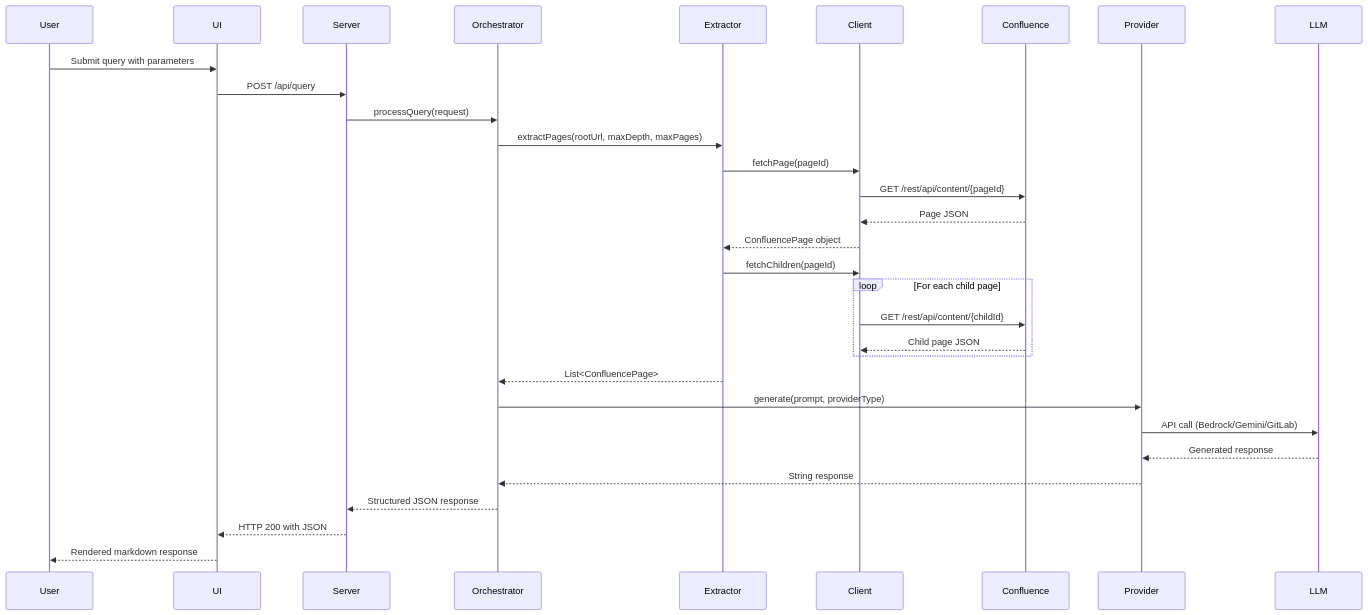
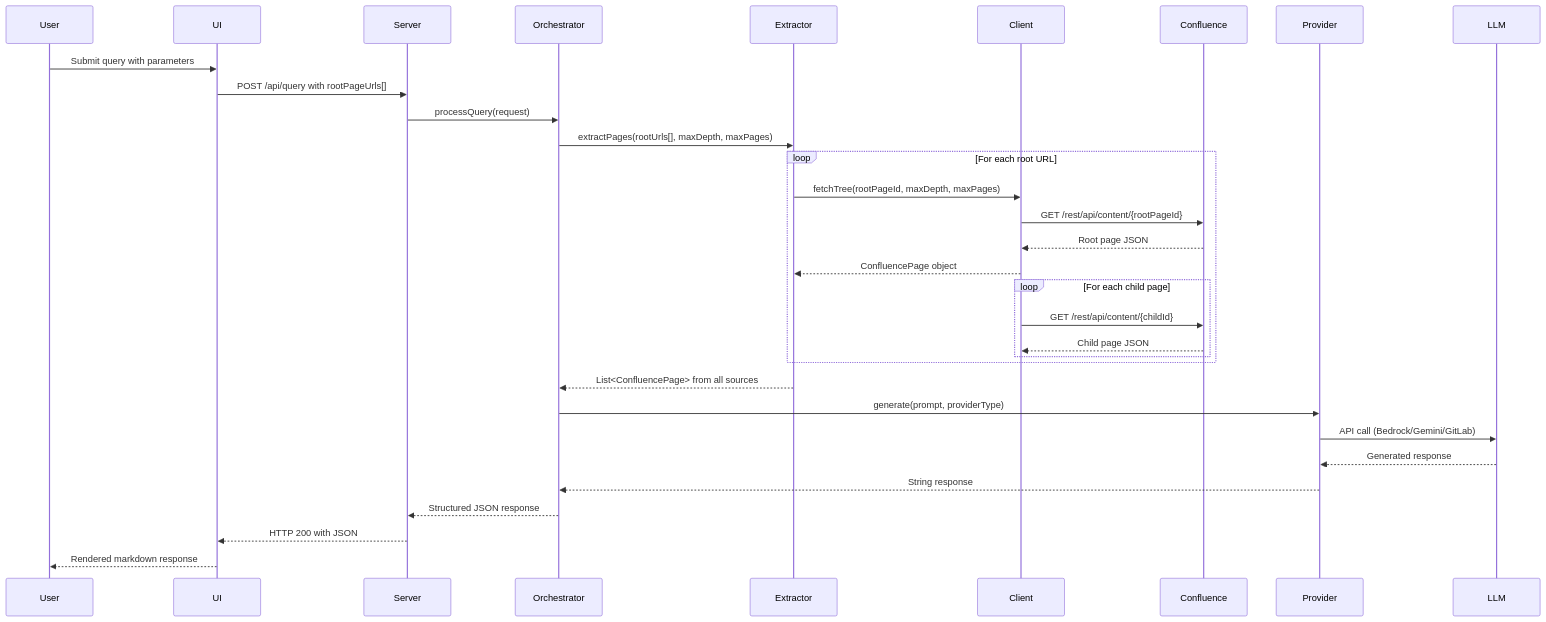
The second of 2 diagrams in README.md (cipheraxat/Confluence-MCP-application), drawn with Mermaid before and after one commit. The commit also changed other lines of this file and 5 other files, not shown here.

Commit message:
Architecture

````diff
--- a/README.md
+++ b/README.md
@@ -52,34 +56,36 @@
 ```mermaid
 sequenceDiagram
     participant User
     participant UI
     participant Server
     participant Orchestrator
     participant Extractor
     participant Client
     participant Confluence
-    participant Provider
-    participant LLM
 
     User->>UI: Submit query with parameters
-    UI->>Server: POST /api/query
+    UI->>Server: POST /api/query with rootPageUrls[]
     Server->>Orchestrator: processQuery(request)
-    Orchestrator->>Extractor: extractPages(rootUrl, maxDepth, maxPages)
-    Extractor->>Client: fetchPage(pageId)
-    Client->>Confluence: GET /rest/api/content/{pageId}
-    Confluence-->>Client: Page JSON
-    Client-->>Extractor: ConfluencePage object
-    Extractor->>Client: fetchChildren(pageId)
-    loop For each child page
-        Client->>Confluence: GET /rest/api/content/{childId}
-        Confluence-->>Client: Child page JSON
+    Orchestrator->>Extractor: extractPages(rootUrls[], maxDepth, maxPages)
+    
+    loop For each root URL
+        Extractor->>Client: fetchTree(rootPageId, maxDepth, maxPages)
+        Client->>Confluence: GET /rest/api/content/{rootPageId}
+        Confluence-->>Client: Root page JSON
+        Client-->>Extractor: ConfluencePage object
+        
+        loop For each child page
+            Client->>Confluence: GET /rest/api/content/{childId}
+            Confluence-->>Client: Child page JSON
+        end
     end
-    Extractor-->>Orchestrator: List<ConfluencePage>
+    
+    Extractor-->>Orchestrator: List<ConfluencePage> from all sources
     Orchestrator->>Provider: generate(prompt, providerType)
     Provider->>LLM: API call (Bedrock/Gemini/GitLab)
     LLM-->>Provider: Generated response
     Provider-->>Orchestrator: String response
     Orchestrator-->>Server: Structured JSON response
     Server-->>UI: HTTP 200 with JSON
     UI-->>User: Rendered markdown response
 ```
````
